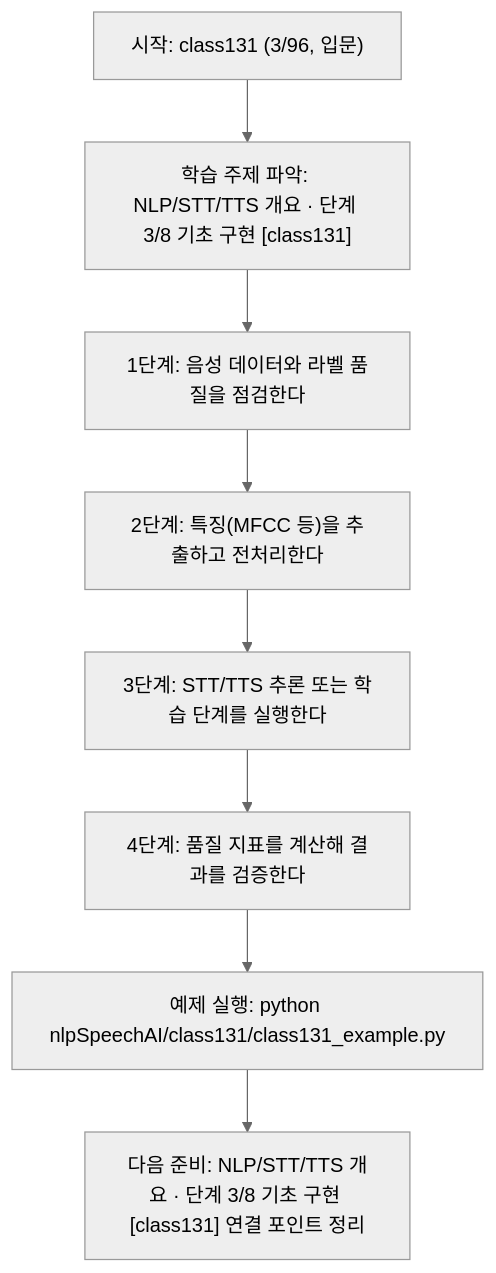
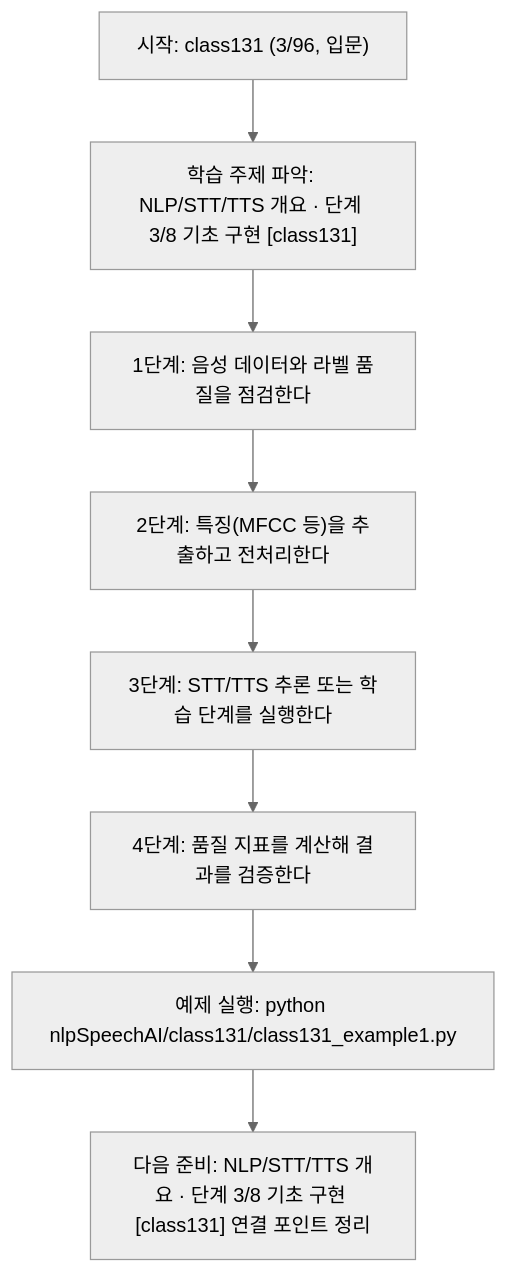
Before and after one commit to edumgt/Python-AI_Agent-Class: the diagram in nlpSpeechAI/class131/class131.md, drawn with Mermaid (neutral theme). The commit also changed other lines of this file and 2959 other files, not shown here.

````diff
--- a/nlpSpeechAI/class131/class131.md
+++ b/nlpSpeechAI/class131/class131.md
@@ -115,18 +115,18 @@
 ```mermaid
 flowchart TD
 N1["시작: class131 (3/96, 입문)"]
 N2["학습 주제 파악: NLP/STT/TTS 개요 · 단계 3/8 기초 구현 [class131]"]
 N3["1단계: 음성 데이터와 라벨 품질을 점검한다"]
 N4["2단계: 특징(MFCC 등)을 추출하고 전처리한다"]
 N5["3단계: STT/TTS 추론 또는 학습 단계를 실행한다"]
 N6["4단계: 품질 지표를 계산해 결과를 검증한다"]
-N7["예제 실행: python nlpSpeechAI/class131/class131_example.py"]
+N7["예제 실행: python nlpSpeechAI/class131/class131_example1.py"]
 N8["다음 준비: NLP/STT/TTS 개요 · 단계 3/8 기초 구현 [class131] 연결 포인트 정리"]
 N1 --> N2
 N2 --> N3
 N3 --> N4
 N4 --> N5
 N5 --> N6
 N6 --> N7
 N7 --> N8
 ```
````
